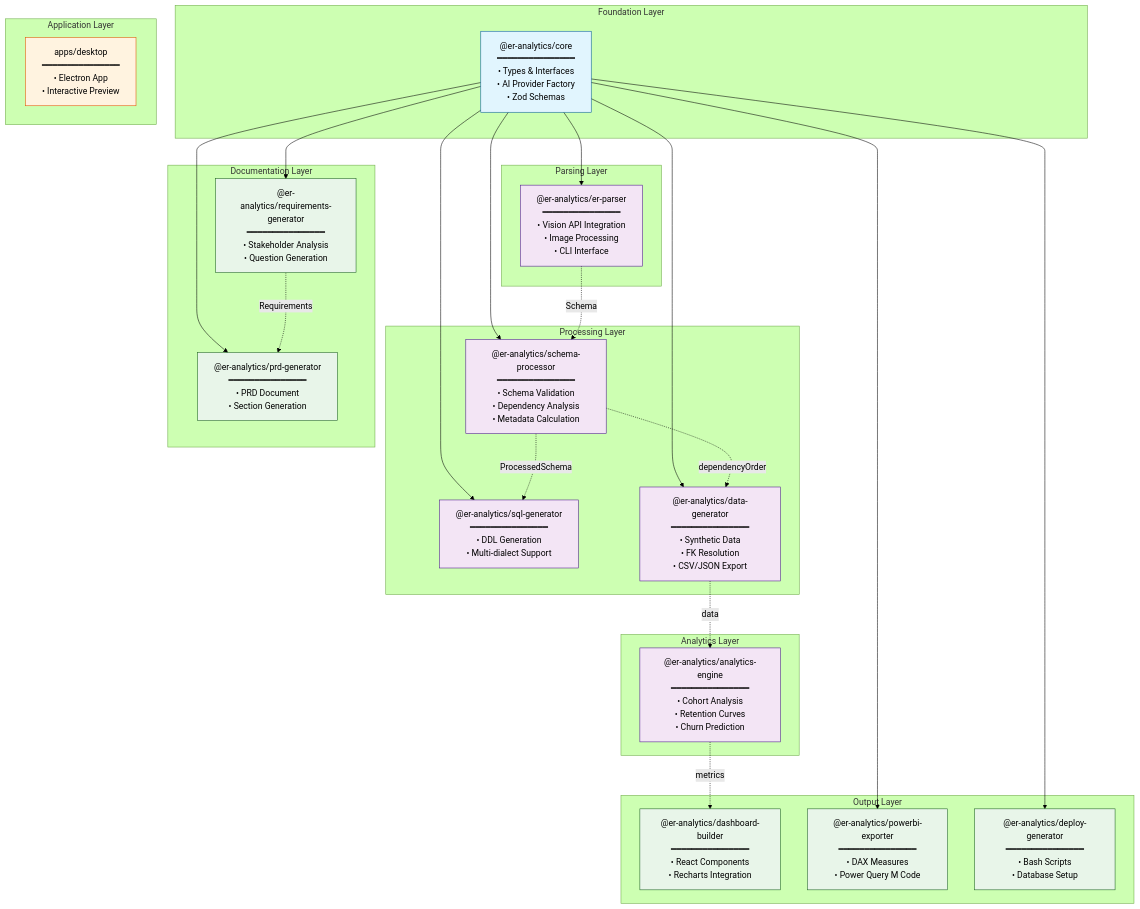
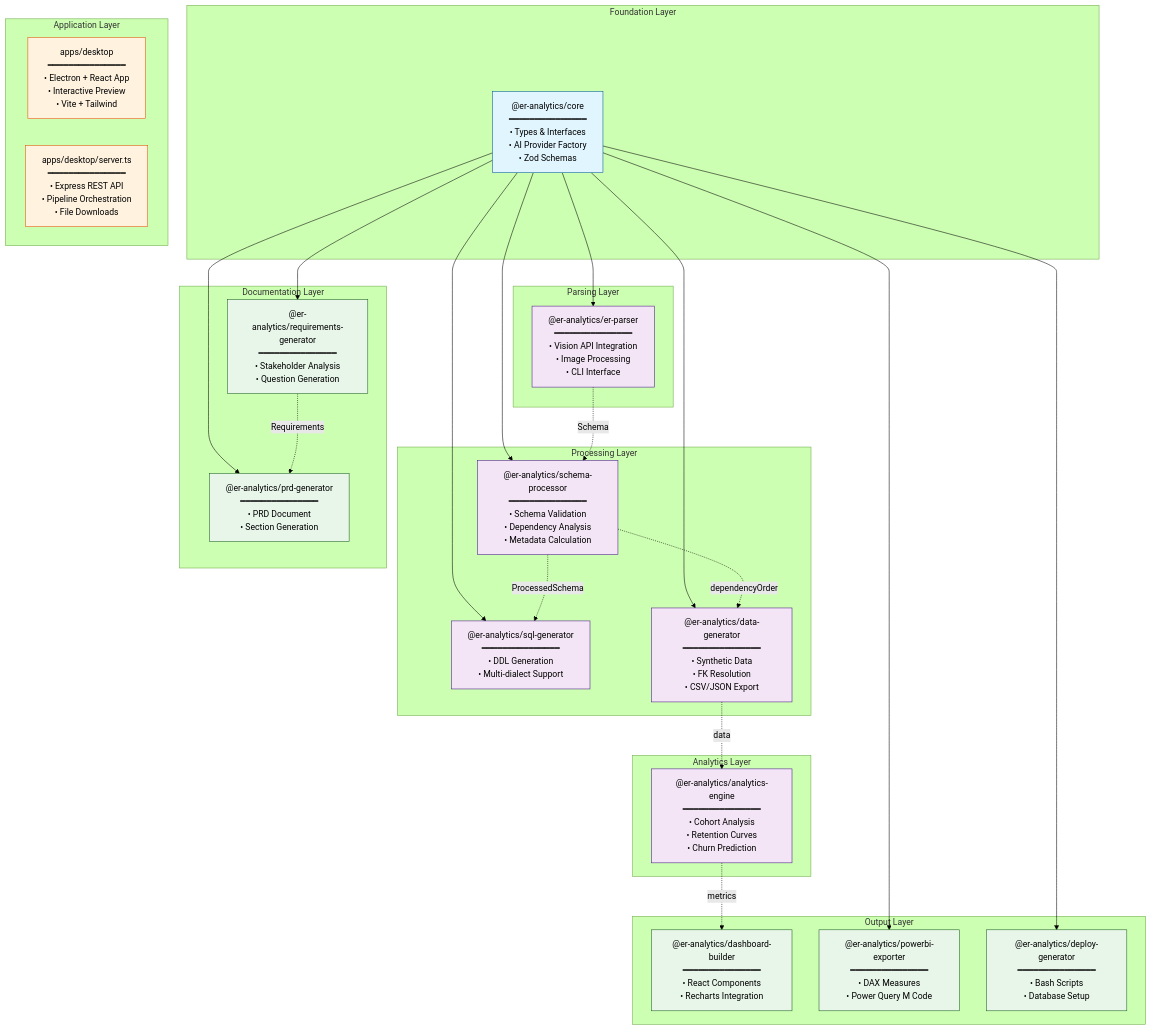
Before and after one commit to pranamg/er-analytics-generator: the third of 3 diagrams in Architecture.md, drawn with Mermaid (forest theme). The commit also changed other lines of this file and 17 other files, not shown here.

````diff
--- a/Architecture.md
+++ b/Architecture.md
@@ -324,69 +349,71 @@
 ```mermaid
 graph TD
     subgraph "Foundation Layer"
         CORE["@er-analytics/core<br/>━━━━━━━━━━━━━━━<br/>• Types & Interfaces<br/>• AI Provider Factory<br/>• Zod Schemas"]
     end
 
     subgraph "Parsing Layer"
         PARSER["@er-analytics/er-parser<br/>━━━━━━━━━━━━━━━<br/>• Vision API Integration<br/>• Image Processing<br/>• CLI Interface"]
     end
 
     subgraph "Processing Layer"
         SCHPROC["@er-analytics/schema-processor<br/>━━━━━━━━━━━━━━━<br/>• Schema Validation<br/>• Dependency Analysis<br/>• Metadata Calculation"]
         
         SQLGEN["@er-analytics/sql-generator<br/>━━━━━━━━━━━━━━━<br/>• DDL Generation<br/>• Multi-dialect Support"]
         
         DATAGEN["@er-analytics/data-generator<br/>━━━━━━━━━━━━━━━<br/>• Synthetic Data<br/>• FK Resolution<br/>• CSV/JSON Export"]
     end
 
     subgraph "Analytics Layer"
         ANALYTICS["@er-analytics/analytics-engine<br/>━━━━━━━━━━━━━━━<br/>• Cohort Analysis<br/>• Retention Curves<br/>• Churn Prediction"]
     end
 
     subgraph "Documentation Layer"
         REQGEN["@er-analytics/requirements-generator<br/>━━━━━━━━━━━━━━━<br/>• Stakeholder Analysis<br/>• Question Generation"]
         
         PRDGEN["@er-analytics/prd-generator<br/>━━━━━━━━━━━━━━━<br/>• PRD Document<br/>• Section Generation"]
     end
 
     subgraph "Output Layer"
         DASHGEN["@er-analytics/dashboard-builder<br/>━━━━━━━━━━━━━━━<br/>• React Components<br/>• Recharts Integration"]
         
         PBIEXP["@er-analytics/powerbi-exporter<br/>━━━━━━━━━━━━━━━<br/>• DAX Measures<br/>• Power Query M Code"]
         
         DEPLOY["@er-analytics/deploy-generator<br/>━━━━━━━━━━━━━━━<br/>• Bash Scripts<br/>• Database Setup"]
     end
 
     subgraph "Application Layer"
-        DESKTOP["apps/desktop<br/>━━━━━━━━━━━━━━━<br/>• Electron App<br/>• Interactive Preview"]
+        DESKTOP["apps/desktop<br/>━━━━━━━━━━━━━━━<br/>• Electron + React App<br/>• Interactive Preview<br/>• Vite + Tailwind"]
+        
+        SERVER["apps/desktop/server.ts<br/>━━━━━━━━━━━━━━━<br/>• Express REST API<br/>• Pipeline Orchestration<br/>• File Downloads"]
     end
 
     %% Dependencies
     CORE --> PARSER
     CORE --> SCHPROC
     CORE --> SQLGEN
     CORE --> DATAGEN
     CORE --> REQGEN
     CORE --> PRDGEN
     CORE --> PBIEXP
     CORE --> DEPLOY
 
     %% Data flow (implicit)
     PARSER -.->|Schema| SCHPROC
     SCHPROC -.->|ProcessedSchema| SQLGEN
     SCHPROC -.->|dependencyOrder| DATAGEN
     DATAGEN -.->|data| ANALYTICS
     REQGEN -.->|Requirements| PRDGEN
     ANALYTICS -.->|metrics| DASHGEN
 
     %% Styling
     classDef core fill:#e1f5fe,stroke:#01579b
     classDef process fill:#f3e5f5,stroke:#4a148c
     classDef output fill:#e8f5e9,stroke:#1b5e20
     classDef app fill:#fff3e0,stroke:#e65100
 
     class CORE core
     class PARSER,SCHPROC,SQLGEN,DATAGEN,ANALYTICS process
     class REQGEN,PRDGEN,DASHGEN,PBIEXP,DEPLOY output
-    class DESKTOP app
+    class DESKTOP,SERVER app
 ```
````
